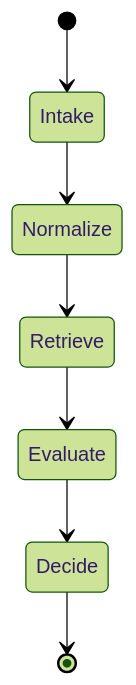
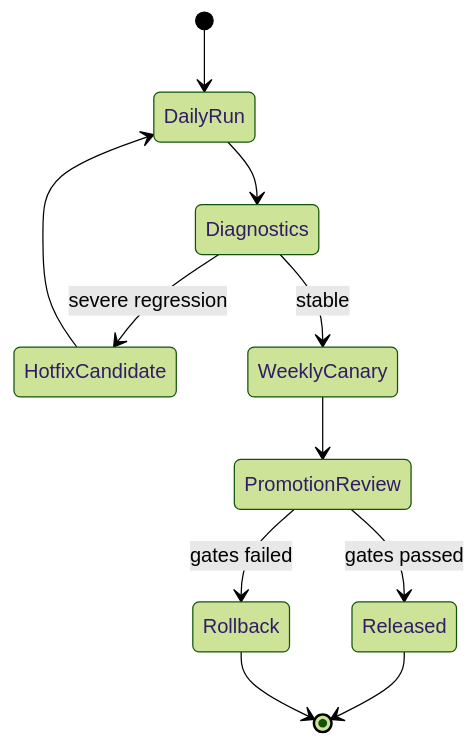
Before and after one commit to Luxia-AI/docs: the third of 3 diagrams in methodology/figures/10-reproducibility-and-governance-pack.md, drawn with Mermaid (forest theme). The commit also changed other lines of this file and 9 other files, not shown here.

First line of the commit message:
Refactor methodology figures with updated Mermaid diagrams and enhanced clarity across multiple packs. Key changes include:

````diff
--- a/methodology/figures/10-reproducibility-and-governance-pack.md
+++ b/methodology/figures/10-reproducibility-and-governance-pack.md
@@ -72,9 +78,13 @@
 ```mermaid
 stateDiagram-v2
-    [*] --> Intake
-    Intake --> Normalize
-    Normalize --> Retrieve
-    Retrieve --> Evaluate
-    Evaluate --> Decide
-    Decide --> [*]
+  [*] --> DailyRun
+  DailyRun --> Diagnostics
+  Diagnostics --> HotfixCandidate: severe regression
+  Diagnostics --> WeeklyCanary: stable
+  WeeklyCanary --> PromotionReview
+  PromotionReview --> Released: gates passed
+  PromotionReview --> Rollback: gates failed
+  HotfixCandidate --> DailyRun
+  Released --> [*]
+  Rollback --> [*]
 ```
````
